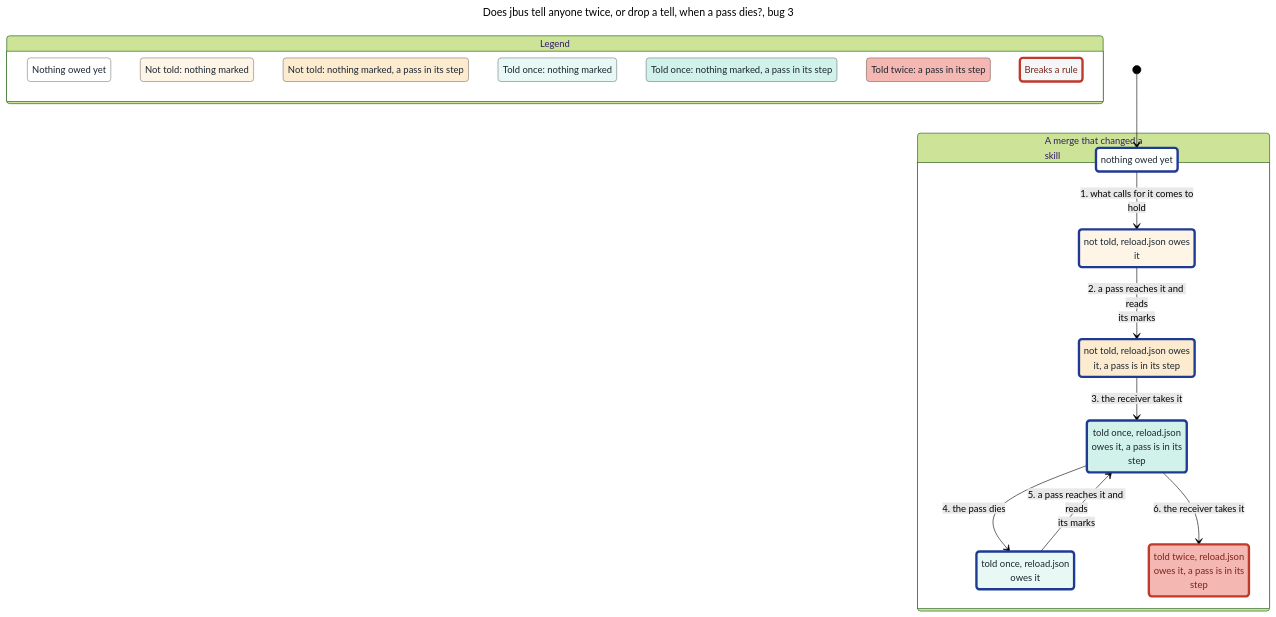
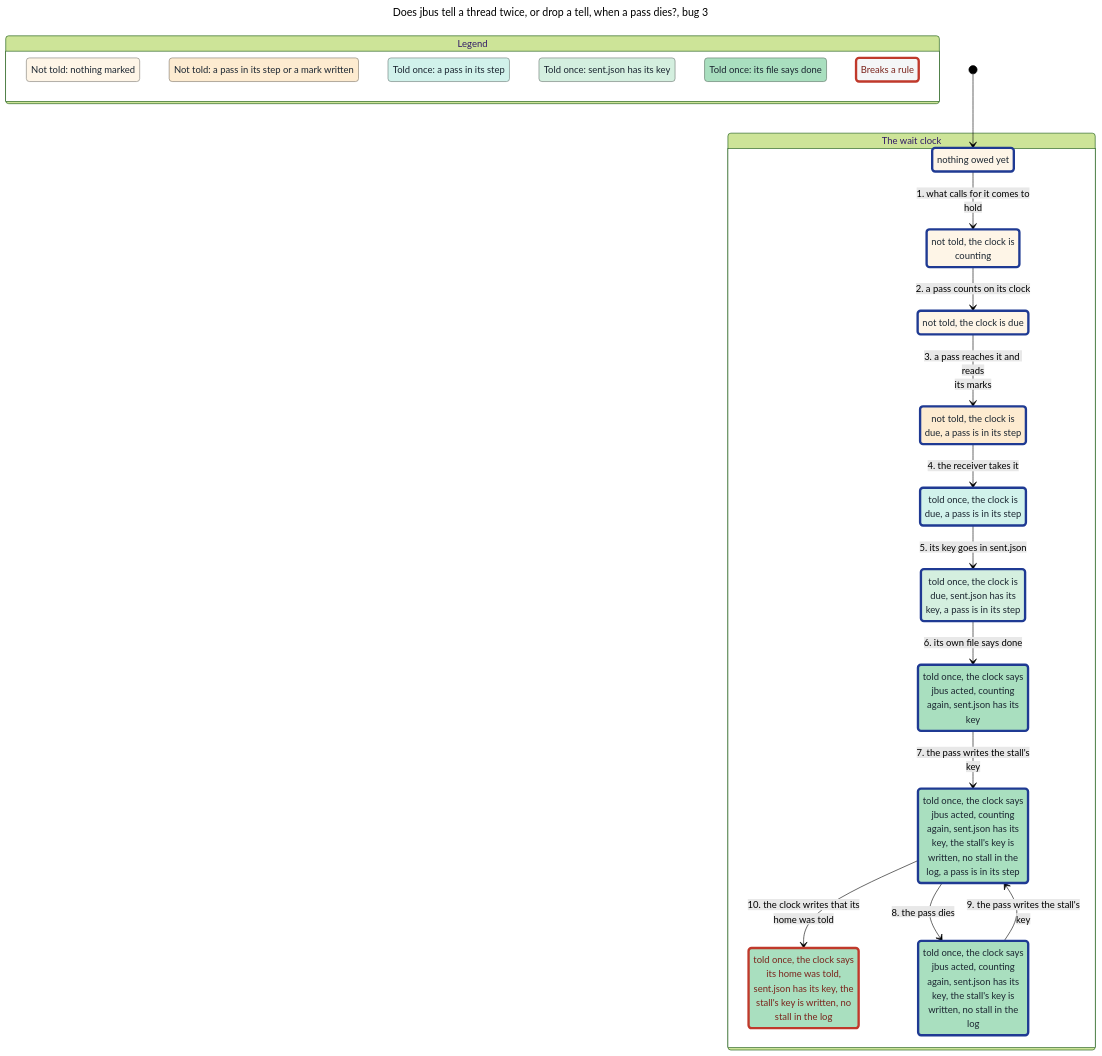
The diagram in features/jbus/spec/TellOnce-statechart/bug-3.mmd (JoshuaHayesWasHere/jstack), drawn with Mermaid (forest theme) before and after one commit. The commit also changed 51 other files, not shown here.

Commit message:
fix(statechart): TellOnce's acts are three charts of at most nine groups, so each overview fits main's ten boxes

```diff
--- a/features/jbus/spec/TellOnce-statechart/bug-3.mmd
+++ b/features/jbus/spec/TellOnce-statechart/bug-3.mmd
@@ -1,58 +1,67 @@
 ---
-title: "Does jbus tell anyone twice, or drop a tell, when a pass dies?, bug 3"
+title: "Does jbus tell a thread twice, or drop a tell, when a pass dies?, bug 3"
 config:
   markdownAutoWrap: false
   state:
     useMaxWidth: false
 ---
 stateDiagram-v2
   classDef plainWrong fill:#f4f6f7,stroke:#c0392b,stroke-width:4px,color:#7b241c
-  classDef group0 fill:#ffffff,stroke:#808080,color:#1b2631
-  classDef group0Path fill:#ffffff,stroke:#1f3a93,stroke-width:4px,color:#1b2631
-  classDef group1 fill:#fef5e7,stroke:#7f7b74,color:#1b2631
-  classDef group1Path fill:#fef5e7,stroke:#1f3a93,stroke-width:4px,color:#1b2631
-  classDef group2 fill:#fdebd0,stroke:#7f7668,color:#1b2631
-  classDef group2Path fill:#fdebd0,stroke:#1f3a93,stroke-width:4px,color:#1b2631
-  classDef group5 fill:#e8f8f5,stroke:#747c7b,color:#1b2631
-  classDef group5Path fill:#e8f8f5,stroke:#1f3a93,stroke-width:4px,color:#1b2631
-  classDef group6 fill:#d1f2eb,stroke:#697976,color:#1b2631
-  classDef group6Path fill:#d1f2eb,stroke:#1f3a93,stroke-width:4px,color:#1b2631
-  classDef group12 fill:#f5b7b1,stroke:#7b5c59,color:#1b2631
-  classDef group12Wrong fill:#f5b7b1,stroke:#c0392b,stroke-width:4px,color:#7b241c
+  classDef group0 fill:#fef5e7,stroke:#7f7b74,color:#1b2631
+  classDef group0Path fill:#fef5e7,stroke:#1f3a93,stroke-width:4px,color:#1b2631
+  classDef group1 fill:#fdebd0,stroke:#7f7668,color:#1b2631
+  classDef group1Path fill:#fdebd0,stroke:#1f3a93,stroke-width:4px,color:#1b2631
+  classDef group4 fill:#d1f2eb,stroke:#697976,color:#1b2631
+  classDef group4Path fill:#d1f2eb,stroke:#1f3a93,stroke-width:4px,color:#1b2631
+  classDef group6 fill:#d4efdf,stroke:#6a7870,color:#1b2631
+  classDef group6Path fill:#d4efdf,stroke:#1f3a93,stroke-width:4px,color:#1b2631
+  classDef group7 fill:#a9dfbf,stroke:#557060,color:#1b2631
+  classDef group7Wrong fill:#a9dfbf,stroke:#c0392b,stroke-width:4px,color:#7b241c
+  classDef group7Path fill:#a9dfbf,stroke:#1f3a93,stroke-width:4px,color:#1b2631
   state "Legend" as legend {
-    state "Nothing owed yet" as legendGroup0
-    state "Not told: nothing marked" as legendGroup1
-    state "Not told: nothing marked, a pass in its step" as legendGroup2
-    state "Told once: nothing marked" as legendGroup5
-    state "Told once: nothing marked, a pass in its step" as legendGroup6
-    state "Told twice: a pass in its step" as legendGroup12
+    state "Not told: nothing marked" as legendGroup0
+    state "Not told: a pass in its step or a mark written" as legendGroup1
+    state "Told once: a pass in its step" as legendGroup4
+    state "Told once: sent.json has its key" as legendGroup6
+    state "Told once: its file says done" as legendGroup7
     state "Breaks a rule" as legendWrong
   }
   class legendGroup0 group0
   class legendGroup1 group1
-  class legendGroup2 group2
-  class legendGroup5 group5
+  class legendGroup4 group4
   class legendGroup6 group6
-  class legendGroup12 group12
+  class legendGroup7 group7
   class legendWrong plainWrong
-  state "A merge that changed a<br/>skill" as g0 {
-    state "not told, reload.json owes<br/>it" as s0
-    state "not told, reload.json owes<br/>it, a pass is in its step" as s1
-    state "nothing owed yet" as s2
-    state "told once, reload.json<br/>owes it" as s3
-    state "told once, reload.json<br/>owes it, a pass is in its<br/>step" as s4
-    state "told twice, reload.json<br/>owes it, a pass is in its<br/>step" as s5
+  state "The wait clock" as g0 {
+    state "not told, the clock is<br/>counting" as s0
+    state "not told, the clock is due" as s1
+    state "not told, the clock is<br/>due, a pass is in its step" as s2
+    state "nothing owed yet" as s3
+    state "told once, the clock is<br/>due, a pass is in its step" as s4
+    state "told once, the clock is<br/>due, sent.json has its<br/>key, a pass is in its step" as s5
+    state "told once, the clock says<br/>its home was told,<br/>sent.json has its key, the<br/>stall's key is written, no<br/>stall in the log" as s6
+    state "told once, the clock says<br/>jbus acted, counting<br/>again, sent.json has its<br/>key" as s7
+    state "told once, the clock says<br/>jbus acted, counting<br/>again, sent.json has its<br/>key, the stall's key is<br/>written, no stall in the<br/>log" as s8
+    state "told once, the clock says<br/>jbus acted, counting<br/>again, sent.json has its<br/>key, the stall's key is<br/>written, no stall in the<br/>log, a pass is in its step" as s9
   }
-  [*] --> s2
-  s2 --> s0 : 1. what calls for it comes to<br/>hold
-  s0 --> s1 : 2. a pass reaches it and reads<br/>its marks
-  s1 --> s4 : 3. the receiver takes it
-  s4 --> s3 : 4. the pass dies
-  s3 --> s4 : 5. a pass reaches it and reads<br/>its marks
-  s4 --> s5 : 6. the receiver takes it
-  class s0 group1Path
-  class s1 group2Path
-  class s2 group0Path
-  class s3 group5Path
-  class s4 group6Path
-  class s5 group12Wrong
+  [*] --> s3
+  s3 --> s0 : 1. what calls for it comes to<br/>hold
+  s0 --> s1 : 2. a pass counts on its clock
+  s1 --> s2 : 3. a pass reaches it and reads<br/>its marks
+  s2 --> s4 : 4. the receiver takes it
+  s4 --> s5 : 5. its key goes in sent.json
+  s5 --> s7 : 6. its own file says done
+  s7 --> s9 : 7. the pass writes the stall's<br/>key
+  s9 --> s8 : 8. the pass dies
+  s8 --> s9 : 9. the pass writes the stall's<br/>key
+  s9 --> s6 : 10. the clock writes that its<br/>home was told
+  class s0 group0Path
+  class s1 group0Path
+  class s2 group1Path
+  class s3 group0Path
+  class s4 group4Path
+  class s5 group6Path
+  class s6 group7Wrong
+  class s7 group7Path
+  class s8 group7Path
+  class s9 group7Path
```
